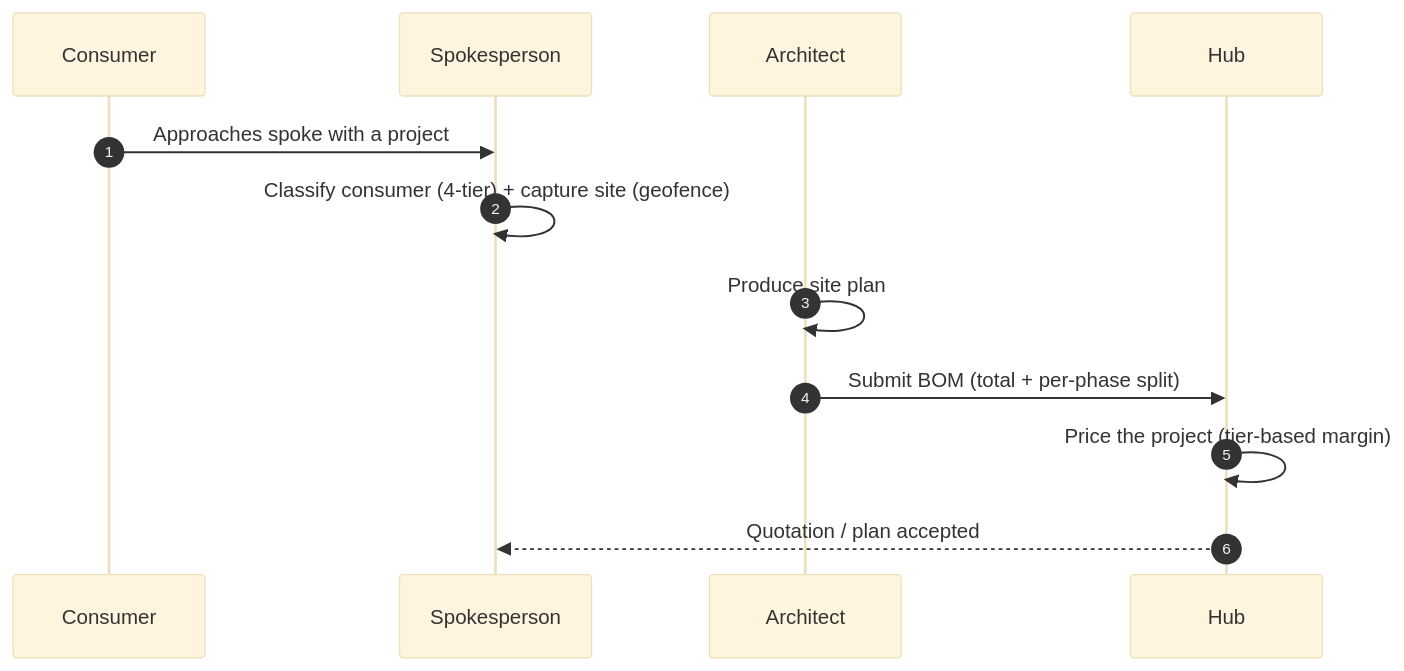
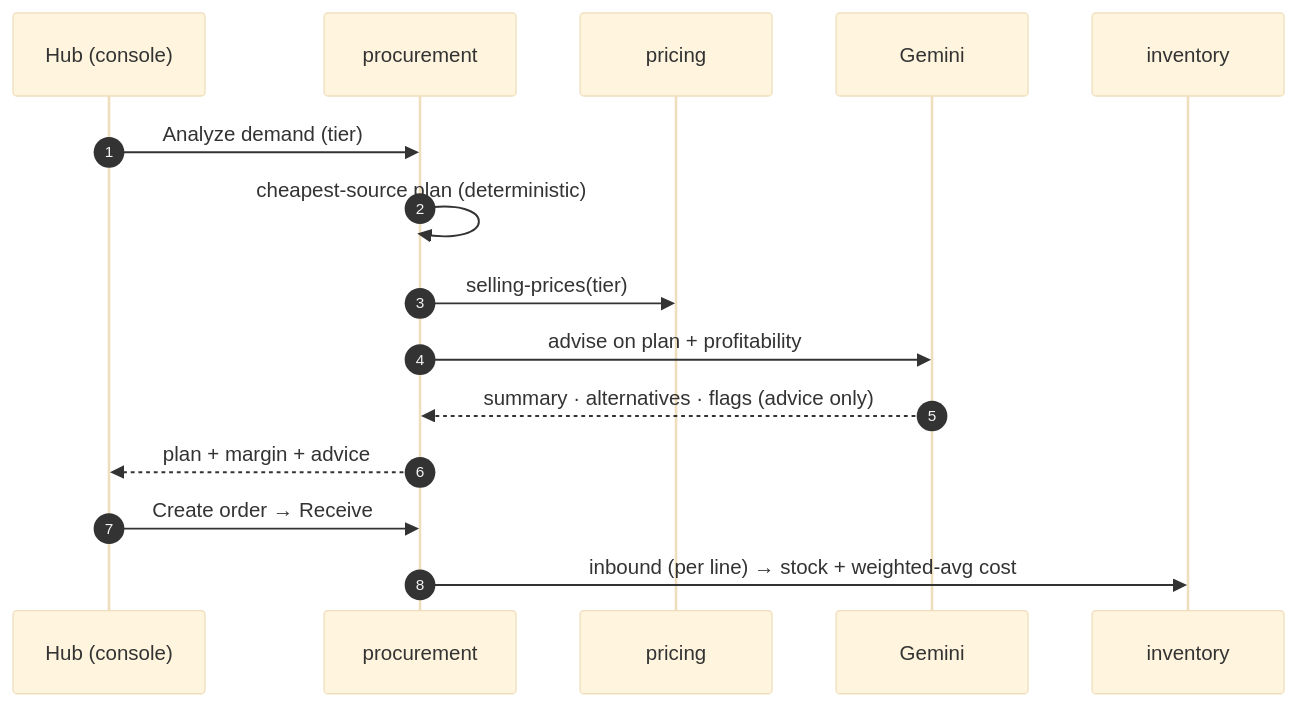
One commit to Tadipartirohith/CONSMAT-AI-V1 changed the second of 4 diagrams in docs/HLD.md. Above: the diagram before and after it, drawn with Mermaid (base theme). The commit also changed other lines of this file and 3 other files, not shown here.

````diff
--- a/docs/HLD.md
+++ b/docs/HLD.md
@@ -190,14 +149,17 @@
 ```mermaid
 sequenceDiagram
     autonumber
-    participant C as Consumer
-    participant SP as Spokesperson
-    participant AR as Architect
-    participant H as Hub
-    C->>SP: Approaches spoke with a project
-    SP->>SP: Classify consumer (4-tier) + capture site (geofence)
-    AR->>AR: Produce site plan
-    AR->>H: Submit BOM (total + per-phase split)
-    H->>H: Price the project (tier-based margin)
-    H-->>SP: Quotation / plan accepted
+    participant H as Hub (console)
+    participant PR as procurement
+    participant PC as pricing
+    participant LLM as Gemini
+    participant INV as inventory
+    H->>PR: Analyze demand (tier)
+    PR->>PR: cheapest-source plan (deterministic)
+    PR->>PC: selling-prices(tier)
+    PR->>LLM: advise on plan + profitability
+    LLM-->>PR: summary · alternatives · flags (advice only)
+    PR-->>H: plan + margin + advice
+    H->>PR: Create order → Receive
+    PR->>INV: inbound (per line) → stock + weighted-avg cost
 ```
````
